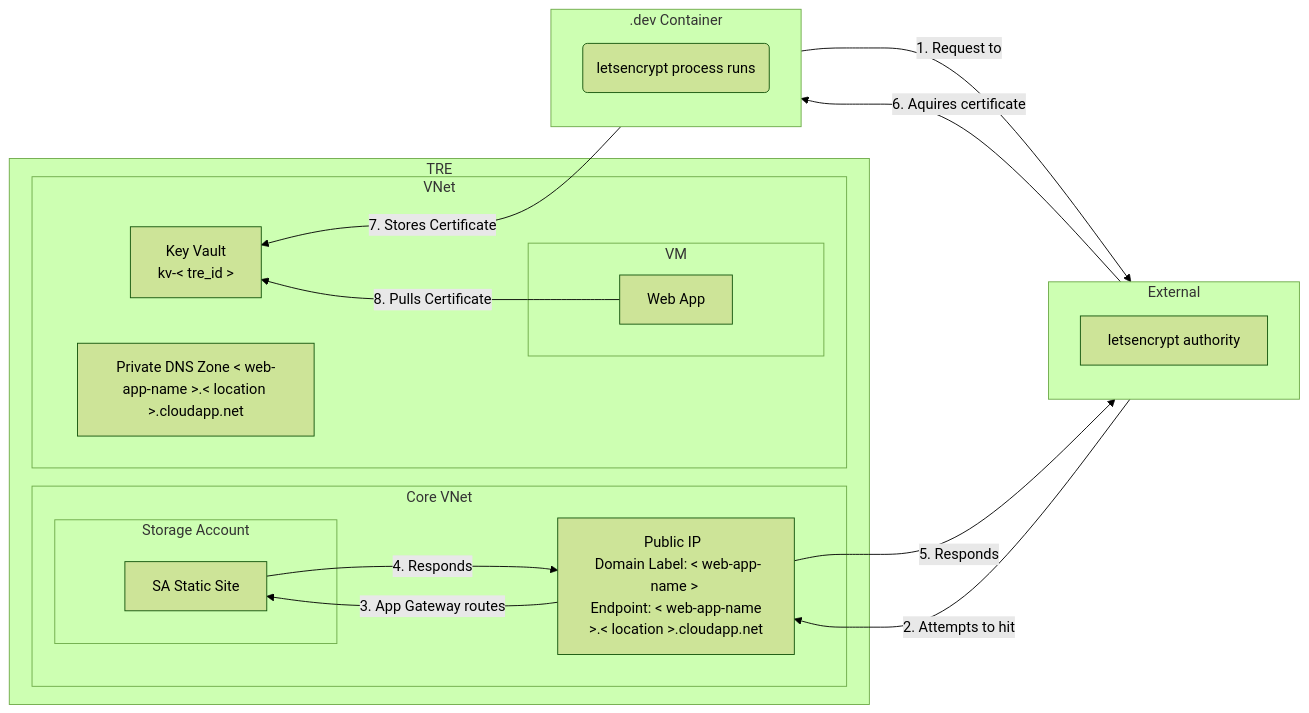
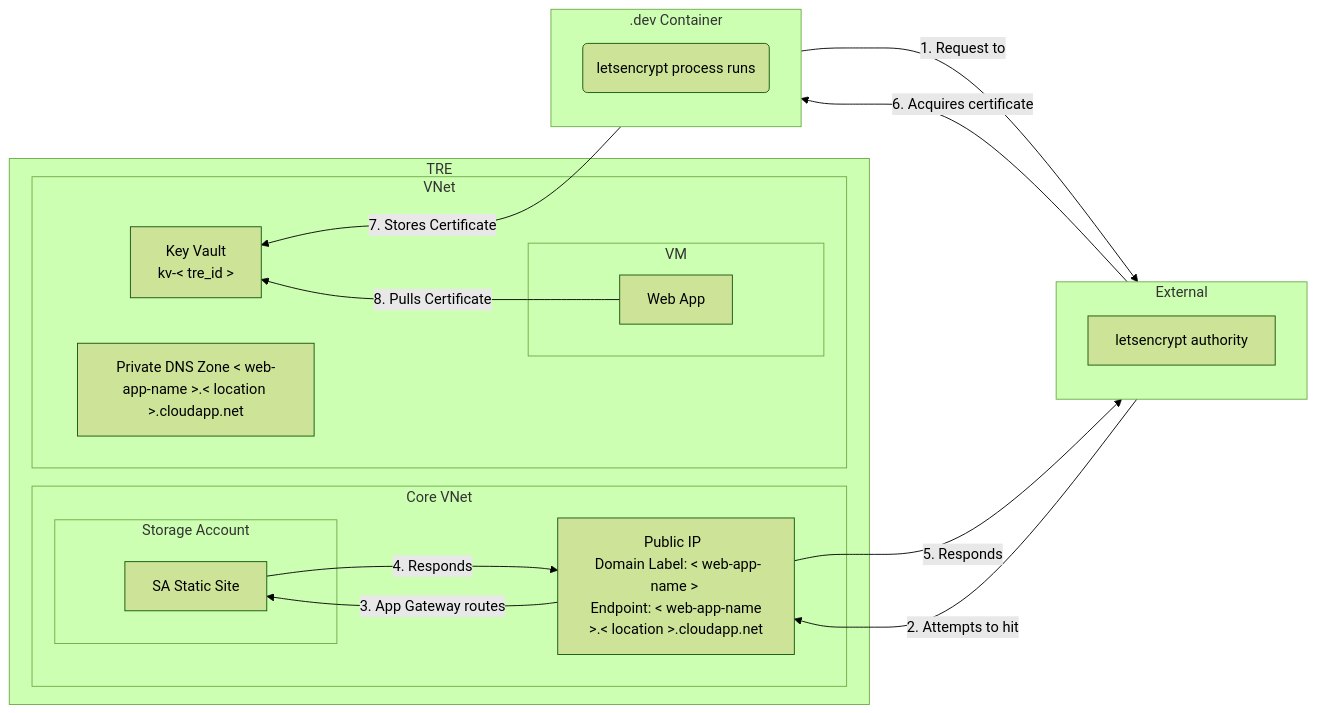
One commit to microsoft/AzureTRE changed the diagram in docs/tre-developers/letsencrypt.md. Above: the diagram before and after it, drawn with Mermaid (forest theme).

Commit message:
Typo fix

````diff
--- a/docs/tre-developers/letsencrypt.md
+++ b/docs/tre-developers/letsencrypt.md
@@ -17,36 +17,36 @@
 ```mermaid
 flowchart RL
     subgraph .dev Container
         direction TB
         A(letsencrypt process runs)
     end
     subgraph External
         direction TB
         B[letsencrypt authority]
     end
     subgraph TRE
         subgraph Core VNet
             C[Public IP  <br/> Domain Label: < web-app-name > <br/> Endpoint: < web-app-name >.< location >.cloudapp.net]
             subgraph Storage Account
                 D[SA Static Site]
             end
         end
         subgraph VNet
             E[Key Vault <br/> kv-< tre_id >]
             subgraph VM
                 F[Web App]
             end
             G[Private DNS Zone < web-app-name >.< location >.cloudapp.net]
         end
     end
 
     A --> |1. Request to            | B
     B --> |2. Attempts to hit       | C
     C --> |3. App Gateway routes    | D
     D --> |4. Responds             | C
     C --> |5. Responds             | B
-    B --> |6. Aquires certificate   | A
+    B --> |6. Acquires certificate   | A
     A --> |7. Stores Certificate    | E
     F --> |8. Pulls Certificate     | E
       
   ```
````
